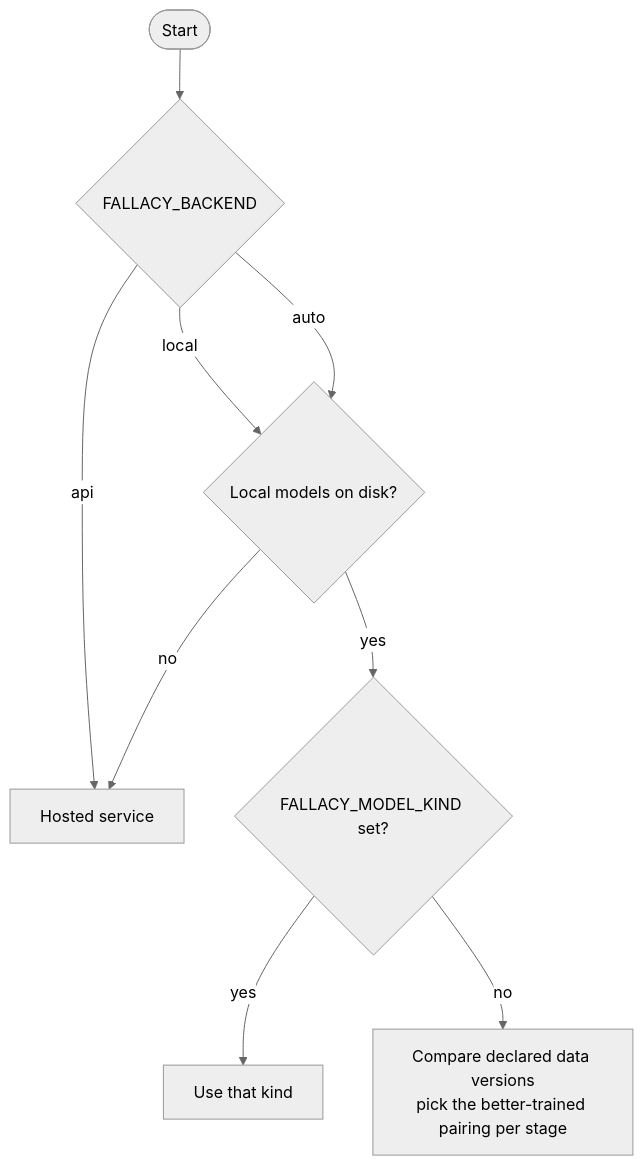
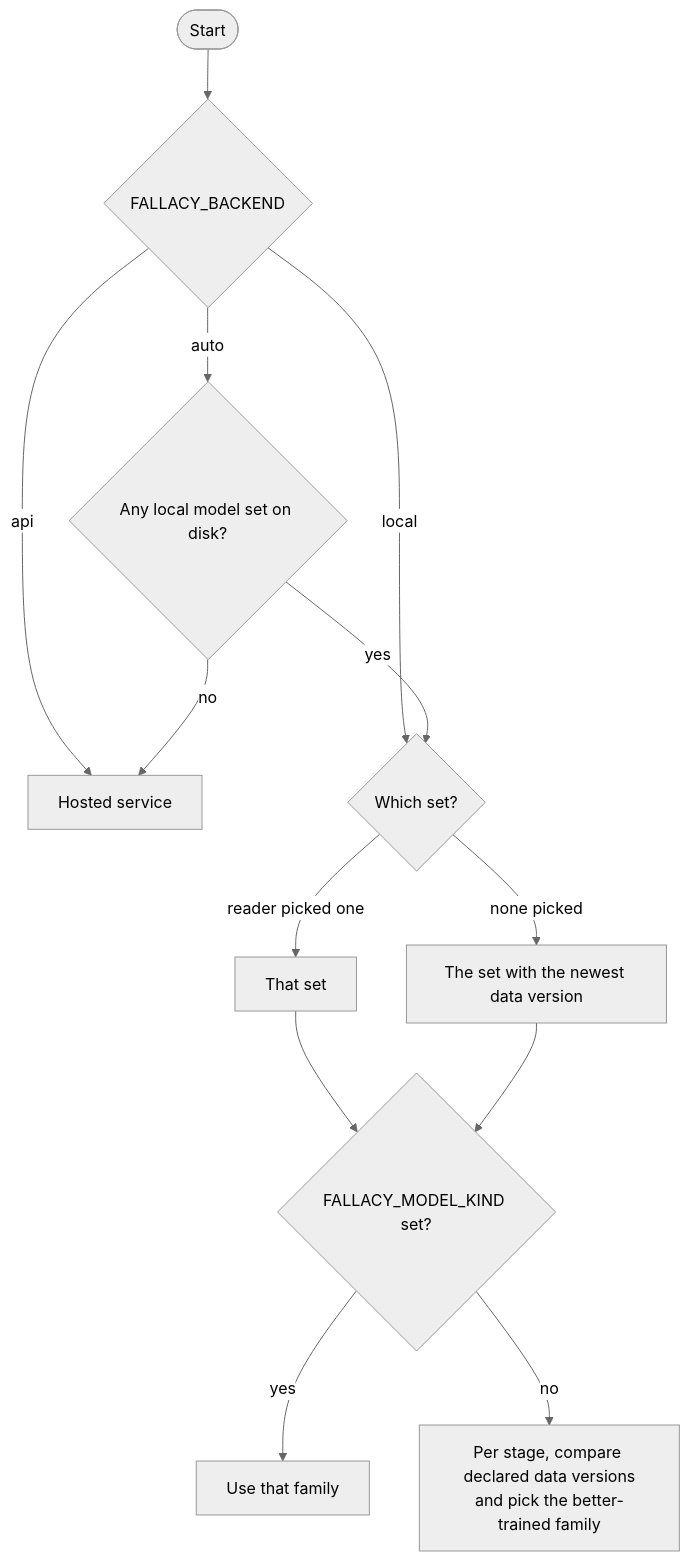
Before and after one commit to MoAbboud/PortFolio: the third of 6 diagrams in fallacysuspect/requirements/03-architecture.md, drawn with Mermaid (neutral theme). The commit also changed other lines of this file and 6 other files, not shown here.

````diff
--- a/fallacysuspect/requirements/03-architecture.md
+++ b/fallacysuspect/requirements/03-architecture.md
@@ -98,11 +117,15 @@
 ```mermaid
 flowchart TB
     START([Start]) --> FB{FALLACY_BACKEND}
     FB -- api --> USEAPI[Hosted service]
-    FB -- local --> SCAN
-    FB -- auto --> SCAN{Local models on disk?}
+    FB -- local --> SET
+    FB -- auto --> SCAN{Any local model set on disk?}
     SCAN -- no --> USEAPI
-    SCAN -- yes --> KIND{FALLACY_MODEL_KIND set?}
-    KIND -- yes --> FORCED[Use that kind]
-    KIND -- no --> AUTO[Compare declared data versions<br/>pick the better-trained pairing per stage]
+    SCAN -- yes --> SET{Which set?}
+    SET -- reader picked one --> PICKED[That set]
+    SET -- none picked --> NEWEST[The set with the newest data version]
+    PICKED --> KIND
+    NEWEST --> KIND{FALLACY_MODEL_KIND set?}
+    KIND -- yes --> FORCED[Use that family]
+    KIND -- no --> AUTO[Per stage, compare declared data versions<br/>and pick the better-trained family]
 ```
````
